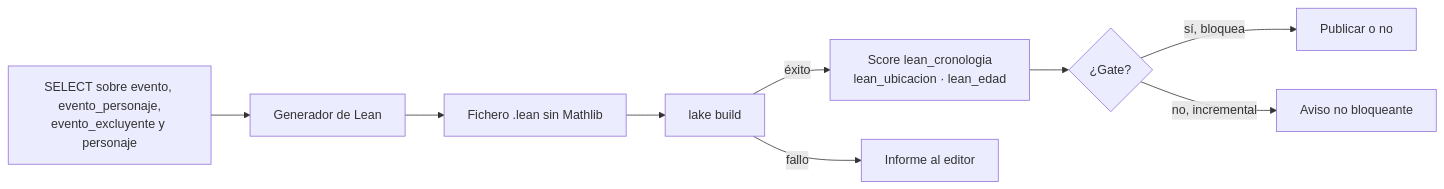
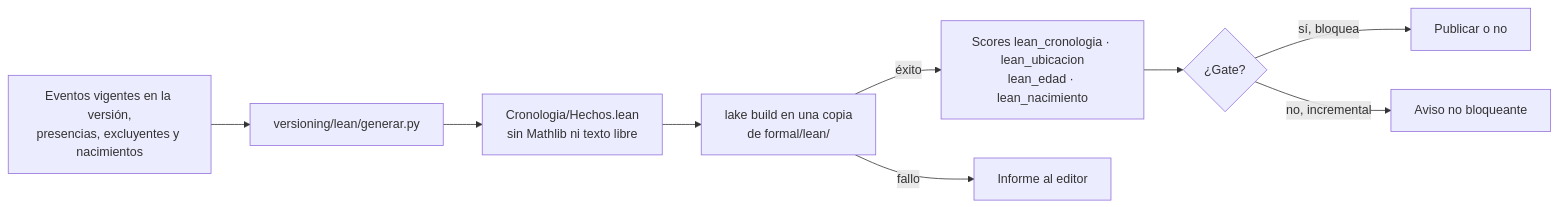
One commit to BrunoCrz3/MyStory changed the ninth of 10 diagrams in docs/architecture.md. Above: the diagram before and after it, drawn with Mermaid. The commit also changed other lines of this file and 8 other files, not shown here.

````diff
--- a/docs/architecture.md
+++ b/docs/architecture.md
@@ -923,11 +924,11 @@
 ```mermaid
 flowchart LR
-  SQL[SELECT sobre evento, evento_personaje,<br/>evento_excluyente y personaje] --> GEN[Generador de Lean]
-  GEN --> FIC[Fichero .lean sin Mathlib]
-  FIC --> LAKE[lake build]
-  LAKE -->|éxito| SC[Score lean_cronologia<br/>lean_ubicacion · lean_edad]
+  SQL[Eventos vigentes en la versión,<br/>presencias, excluyentes y nacimientos] --> GEN[versioning/lean/generar.py]
+  GEN --> FIC[Cronologia/Hechos.lean<br/>sin Mathlib ni texto libre]
+  FIC --> LAKE[lake build en una copia<br/>de formal/lean/]
+  LAKE -->|éxito| SC[Scores lean_cronologia · lean_ubicacion<br/>lean_edad · lean_nacimiento]
   LAKE -->|fallo| INF[Informe al editor]
   SC --> GATE{¿Gate?}
   GATE -->|sí, bloquea| PUB[Publicar o no]
   GATE -->|no, incremental| AVISO[Aviso no bloqueante]
 ```
````
